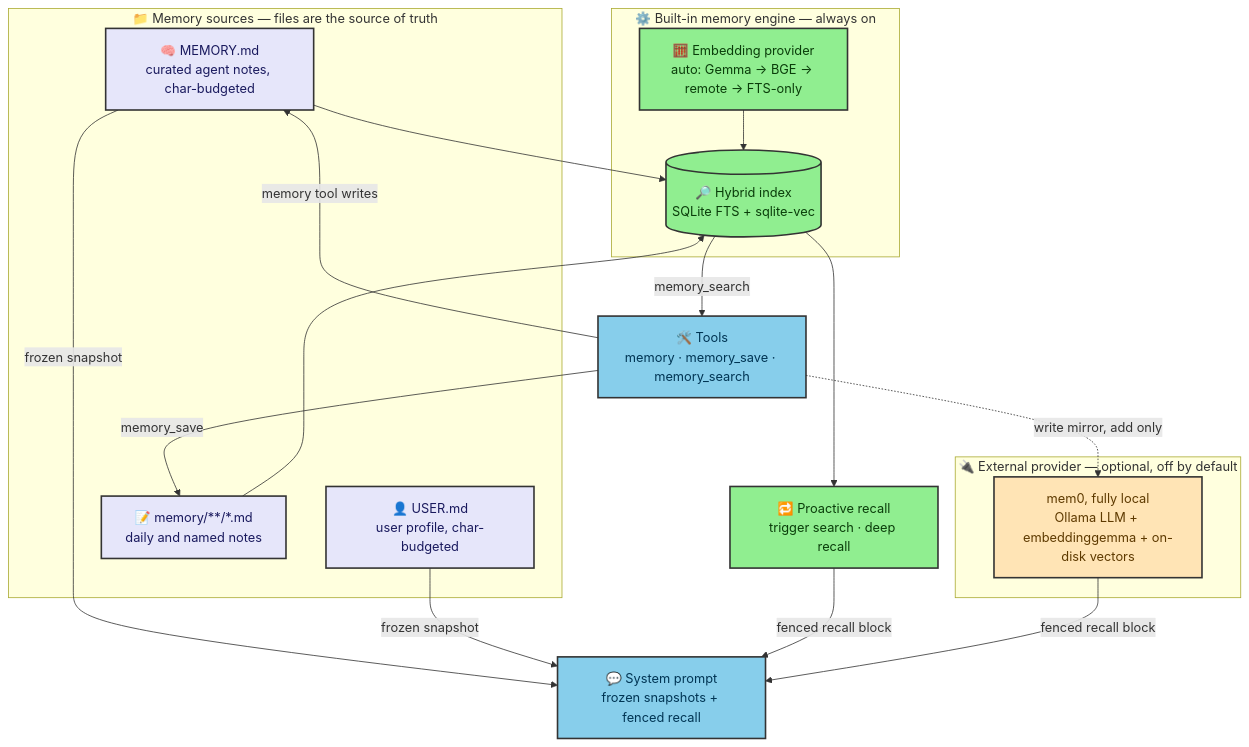
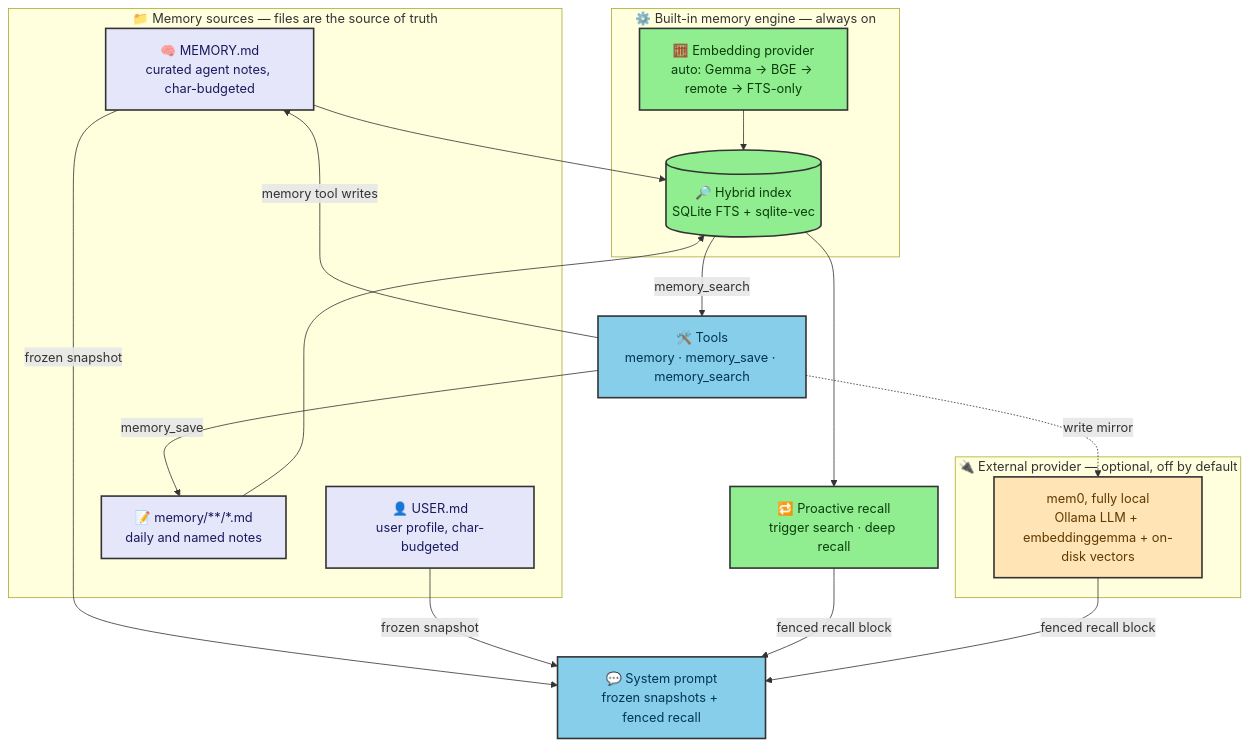
One commit to use-agent-os/agent-os changed the first of 4 diagrams in docs/features/memory.md. Above: the diagram before and after it, drawn with Mermaid. The commit also changed other lines of this file and 8 other files, not shown here.

````diff
--- a/docs/features/memory.md
+++ b/docs/features/memory.md
@@ -12,43 +12,43 @@
 ```mermaid
 graph TB
     subgraph Sources["📁 Memory sources — files are the source of truth"]
         CUR["🧠 MEMORY.md<br/>curated agent notes, char-budgeted"]
         USR["👤 USER.md<br/>user profile, char-budgeted"]
         NOTES["📝 memory/**/*.md<br/>daily and named notes"]
     end
 
     subgraph Engine["⚙️ Built-in memory engine — always on"]
         IDX[("🔎 Hybrid index<br/>SQLite FTS + sqlite-vec")]
         EMB["🧮 Embedding provider<br/>auto: Gemma → BGE → remote → FTS-only"]
     end
 
     subgraph Ext["🔌 External provider — optional, off by default"]
         MEM0["mem0, fully local<br/>Ollama LLM + embeddinggemma + on-disk vectors"]
     end
 
     PROMPT["💬 System prompt<br/>frozen snapshots + fenced recall"]
     RECALL["🔁 Proactive recall<br/>trigger search · deep recall"]
     TOOLS["🛠️ Tools<br/>memory · memory_save · memory_search"]
 
     CUR -->|frozen snapshot| PROMPT
     USR -->|frozen snapshot| PROMPT
     CUR --> IDX
     NOTES --> IDX
     EMB --> IDX
     IDX -->|memory_search| TOOLS
     IDX --> RECALL
     RECALL -->|fenced recall block| PROMPT
     TOOLS -->|memory tool writes| CUR
     TOOLS -->|memory_save| NOTES
     MEM0 -->|fenced recall block| PROMPT
-    TOOLS -.->|write mirror, add only| MEM0
+    TOOLS -.->|write mirror| MEM0
 
     classDef store fill:#E6E6FA,stroke:#333,stroke-width:2px,color:#1a1a5e
     classDef engine fill:#90EE90,stroke:#333,stroke-width:2px,color:#0a3d0a
     classDef ext fill:#FFE4B5,stroke:#333,stroke-width:2px,color:#5e3a00
     classDef out fill:#87CEEB,stroke:#333,stroke-width:2px,color:#003554
     class CUR,USR,NOTES store
     class IDX,EMB,RECALL engine
     class MEM0 ext
     class PROMPT,TOOLS out
 ```
````
